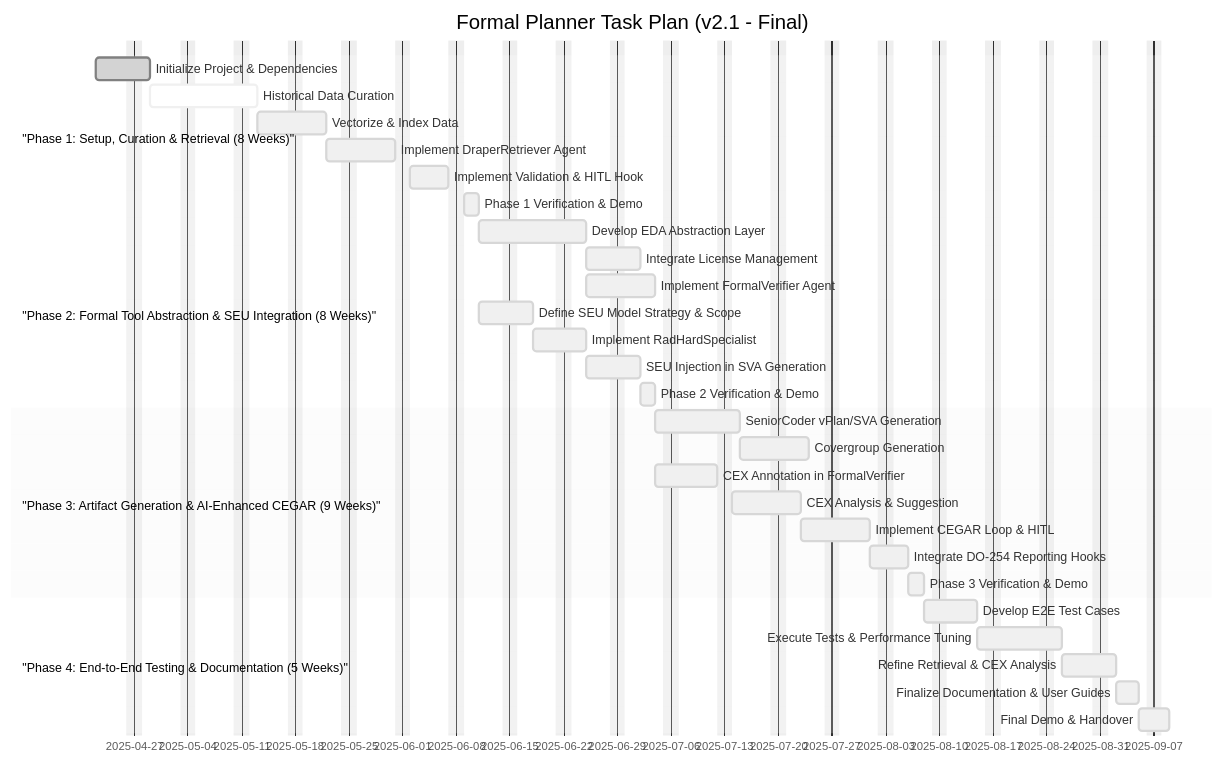
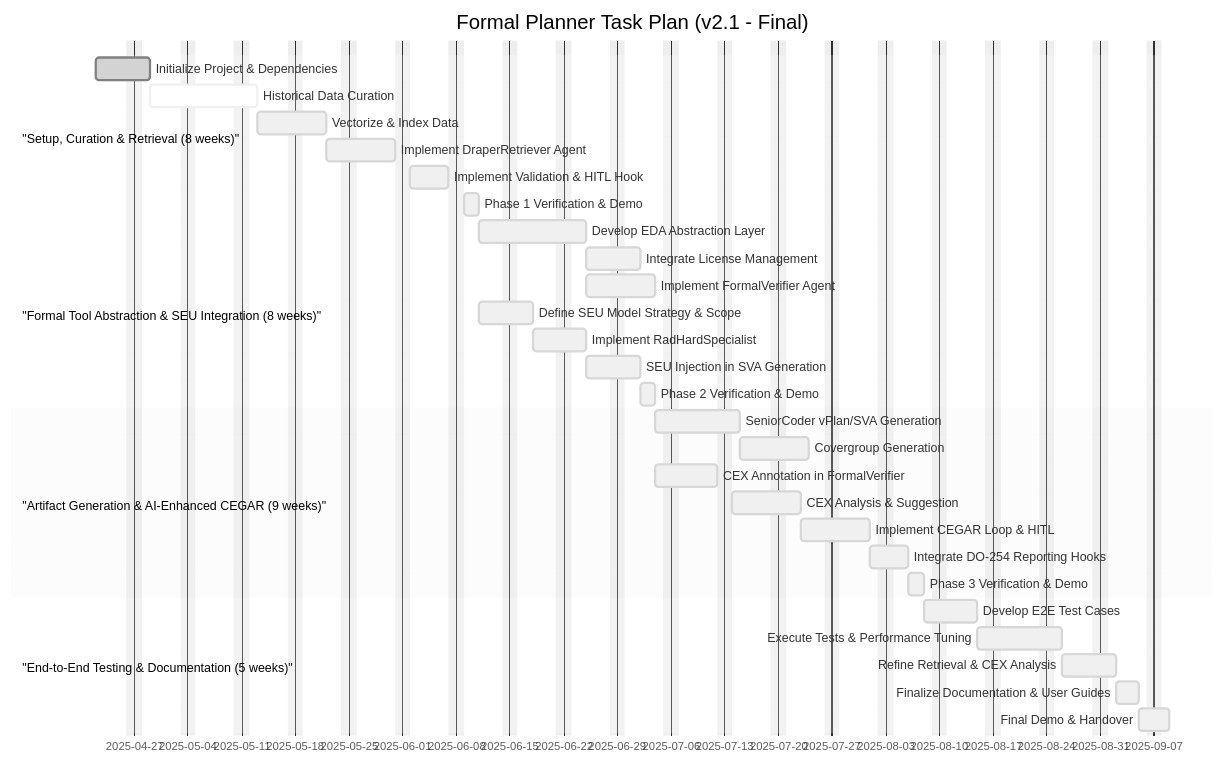
Before and after one commit to grahama1970/draper: the diagram in draper_formal_planner/task.md, drawn with Mermaid. The commit also changed other lines of this file and 5 other files, not shown here.

````diff
--- a/draper_formal_planner/task.md
+++ b/draper_formal_planner/task.md
@@ -53,40 +55,40 @@
 ```mermaid
 %%{init: {'theme': 'base', 'themeVariables': { 'primaryColor': '#f0f0f0'}}}%%
 gantt
     dateFormat  YYYY-MM-DD
     title       Formal Planner Task Plan (v2.1 - Final)
     excludes    weekends
 
-    section "Phase 1: Setup, Curation & Retrieval (8 Weeks)"
+    section "Setup, Curation & Retrieval (8 weeks)"
     Initialize Project & Dependencies          :done, P1T1, 2025-04-22, 5d
     Historical Data Curation                   :active, P1T2, after P1T1, 10d
     Vectorize & Index Data                     :P1T3, after P1T2, 7d
     Implement DraperRetriever Agent            :P1T4, after P1T3, 7d
     Implement Validation & HITL Hook           :P1T5, after P1T4, 5d
     Phase 1 Verification & Demo                :P1T6, after P1T5, 2d
 
-    section "Phase 2: Formal Tool Abstraction & SEU Integration (8 Weeks)"
+    section "Formal Tool Abstraction & SEU Integration (8 weeks)"
     Develop EDA Abstraction Layer              :P2T1, after P1T6, 10d
     Integrate License Management               :P2T2, after P2T1, 5d
     Implement FormalVerifier Agent             :P2T3, after P2T1, 7d
     Define SEU Model Strategy & Scope          :P2T4, after P1T6, 5d
     Implement RadHardSpecialist                :P2T5, after P2T4, 5d
     SEU Injection in SVA Generation            :P2T6, after P2T5, 5d
     Phase 2 Verification & Demo                :P2T7, after P2T6, 2d
 
-    section "Phase 3: Artifact Generation & AI-Enhanced CEGAR (9 Weeks)"
+    section "Artifact Generation & AI-Enhanced CEGAR (9 weeks)"
     SeniorCoder vPlan/SVA Generation           :P3T1, after P2T7, 7d
     Covergroup Generation                      :P3T2, after P3T1, 7d
     CEX Annotation in FormalVerifier           :P3T3, after P2T7, 6d
     CEX Analysis & Suggestion                  :P3T4, after P3T3, 7d
     Implement CEGAR Loop & HITL                :P3T5, after P3T4, 7d
     Integrate DO-254 Reporting Hooks           :P3T6, after P3T5, 3d
     Phase 3 Verification & Demo                :P3T7, after P3T6, 2d
 
-    section "Phase 4: End-to-End Testing & Documentation (5 Weeks)"
+    section "End-to-End Testing & Documentation (5 weeks)"
     Develop E2E Test Cases                     :P4T1, after P3T7, 5d
     Execute Tests & Performance Tuning         :P4T2, after P4T1, 7d
     Refine Retrieval & CEX Analysis            :P4T3, after P4T2, 5d
     Finalize Documentation & User Guides       :P4T4, after P4T3, 3d
     Final Demo & Handover                     :P4T5, after P4T4, 2d
 ```
````
